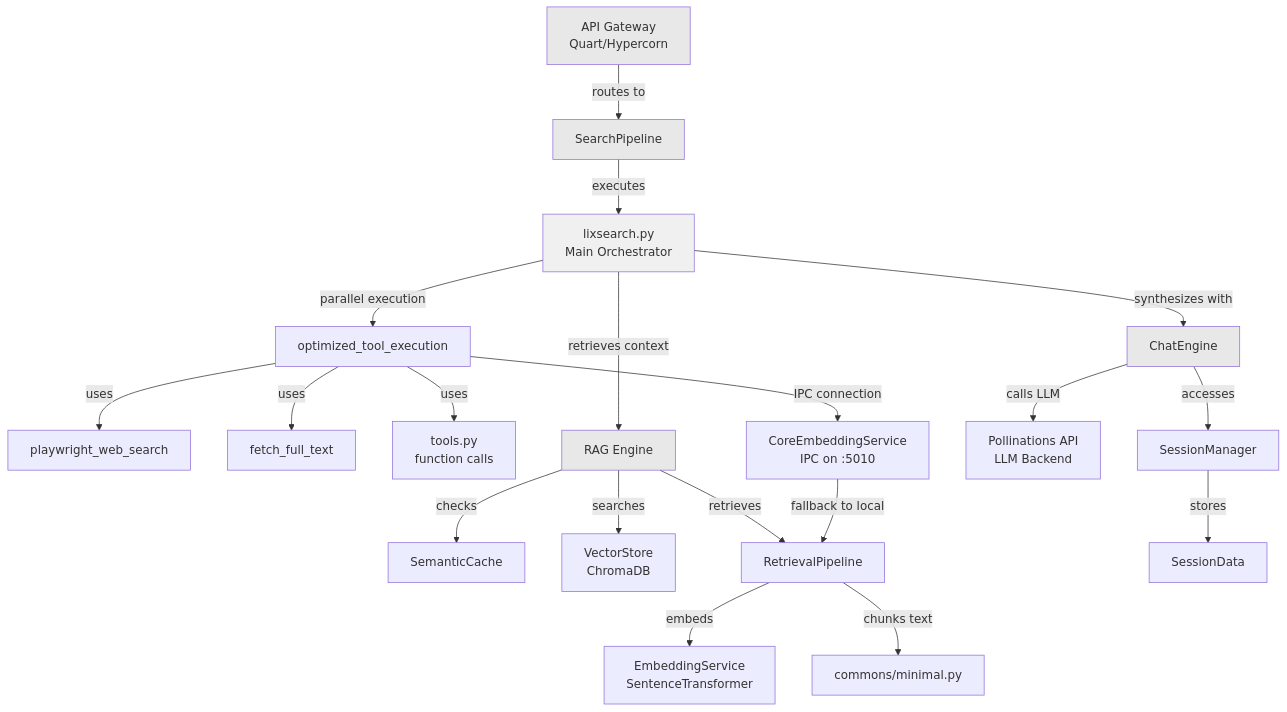
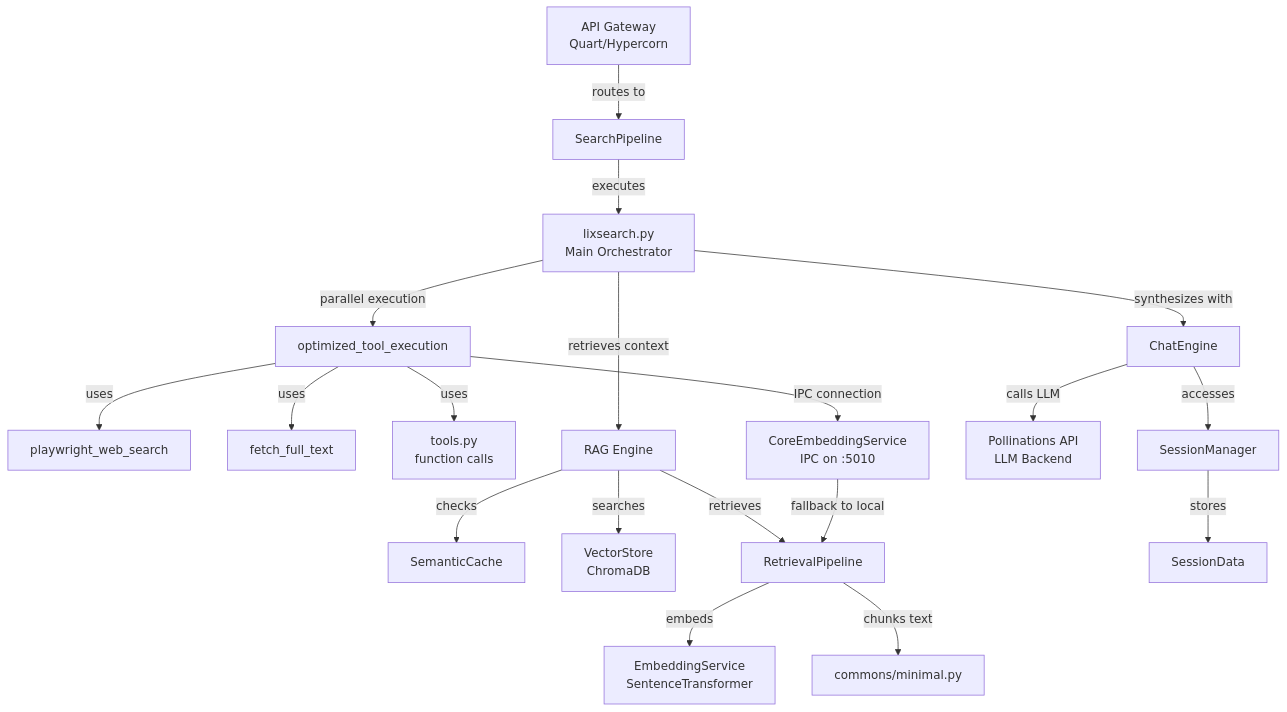
Before and after one commit to pollinations/lixSearch: diagram 15 of 18 in DOCS/FULL_ARCHITECTURE.md, drawn with Mermaid. The commit also changed other lines of this file, not shown here.

Commit message:
feat: Enhance documentation with Node.js API services layer and service orchestration details

````diff
--- a/DOCS/FULL_ARCHITECTURE.md
+++ b/DOCS/FULL_ARCHITECTURE.md
@@ -1366,37 +1482,37 @@
 ```mermaid
 graph TB
     API[API Gateway<br/>Quart/Hypercorn]
     Pipeline[SearchPipeline]
     LixSearch[lixsearch.py<br/>Main Orchestrator]
     
     API -->|routes to| Pipeline
     Pipeline -->|executes| LixSearch
     
     LixSearch -->|parallel execution| ToolExec[optimized_tool_execution]
     ToolExec -->|uses| WebSearch[playwright_web_search]
     ToolExec -->|uses| FetchFull[fetch_full_text]
     ToolExec -->|uses| Tools[tools.py<br/>function calls]
     
     LixSearch -->|retrieves context| RAGEngine[RAG Engine]
     RAGEngine -->|checks| SemanticCache
     RAGEngine -->|searches| VectorStore[VectorStore<br/>ChromaDB]
     RAGEngine -->|retrieves| RetrievalPipeline
     
     RetrievalPipeline -->|embeds| EmbeddingService[EmbeddingService<br/>SentenceTransformer]
     RetrievalPipeline -->|chunks text| ChunkUtil[commons/minimal.py]
     
     LixSearch -->|synthesizes with| ChatEngine[ChatEngine]
     ChatEngine -->|accesses| SessionMgr[SessionManager]
     SessionMgr -->|stores| SessionData[SessionData]
     
     ChatEngine -->|calls LLM| Pollinations[Pollinations API<br/>LLM Backend]
     
     ToolExec -->|IPC connection| IPC[CoreEmbeddingService<br/>IPC on :5010]
     IPC -->|fallback to local| RetrievalPipeline
     
-    style API fill:#E8E8E8
-    style Pipeline fill:#E8E8E8
-    style LixSearch fill:#F0F0F0
-    style RAGEngine fill:#E8E8E8
-    style ChatEngine fill:#E8E8E8
+    style API fill:#000;color:#fff
+    style Pipeline fill:#000;color:#fff
+    style LixSearch fill:#000;color:#fff
+    style RAGEngine fill:#000;color:#fff
+    style ChatEngine fill:#000;color:#fff
 ```
````
